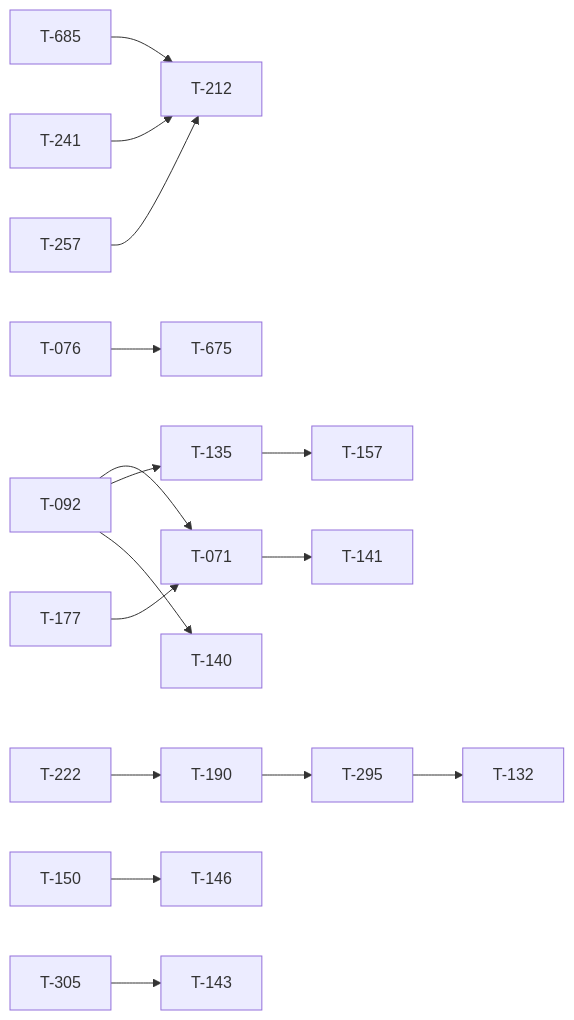
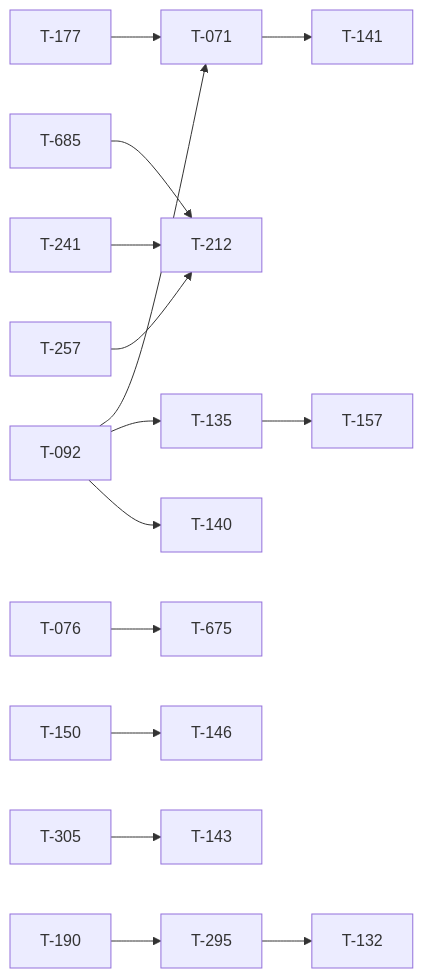
Before and after one commit to darkforce09/TBD-reforger: the diagram in docs/TICKET_LEAD.md, drawn with Mermaid. The commit also changed other lines of this file and 2 other files, not shown here.

Commit message:
T-917: sync generated ticket views after the wave 255 ships
Regenerated by the ship lifecycle hook. Generated files -- never hand-edited.

````diff
--- a/docs/TICKET_LEAD.md
+++ b/docs/TICKET_LEAD.md
@@ -88,18 +87,17 @@
 ```mermaid
 flowchart LR
   T092[T-092] --> T071[T-071]
   T177[T-177] --> T071[T-071]
   T685[T-685] --> T212[T-212]
   T241[T-241] --> T212[T-212]
   T257[T-257] --> T212[T-212]
   T076[T-076] --> T675[T-675]
-  T222[T-222] --> T190[T-190]
   T135[T-135] --> T157[T-157]
   T071[T-071] --> T141[T-141]
   T150[T-150] --> T146[T-146]
   T305[T-305] --> T143[T-143]
   T092[T-092] --> T135[T-135]
   T092[T-092] --> T140[T-140]
   T190[T-190] --> T295[T-295]
   T295[T-295] --> T132[T-132]
 ```
````
